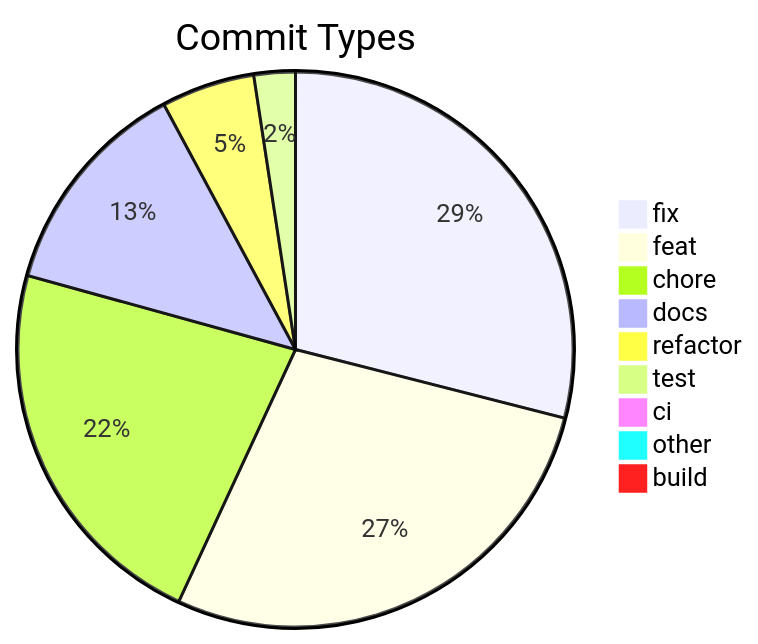
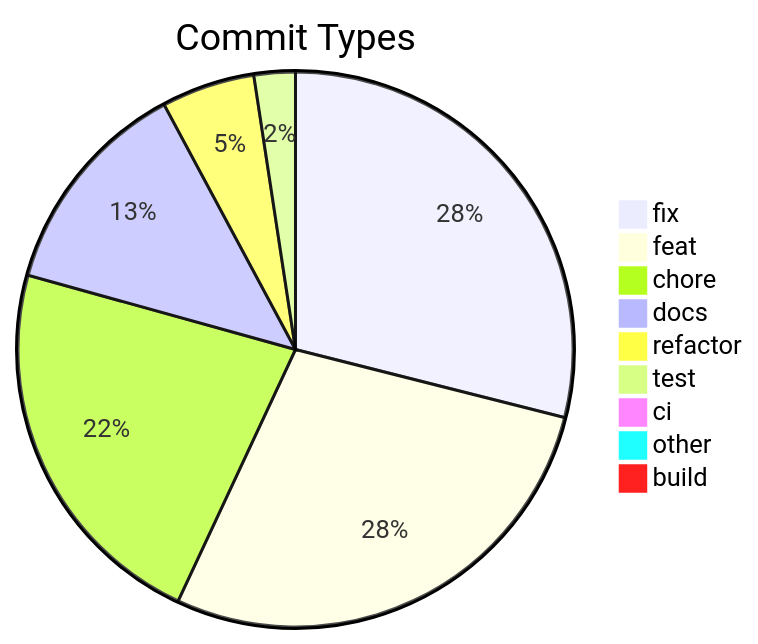
Before and after one commit to svenroth-ai/shipwright: the diagram in .shipwright/compliance/change-history.md, drawn with Mermaid. The commit also changed other lines of this file and 13 other files, not shown here.

````diff
--- a/.shipwright/compliance/change-history.md
+++ b/.shipwright/compliance/change-history.md
@@ -8,12 +8,12 @@
 ```mermaid
 pie title Commit Types
     "fix" : 277
-    "feat" : 267
+    "feat" : 268
     "chore" : 214
     "docs" : 123
     "refactor" : 52
     "test" : 23
     "ci" : 7
     "other" : 7
     "build" : 1
 ```
````
